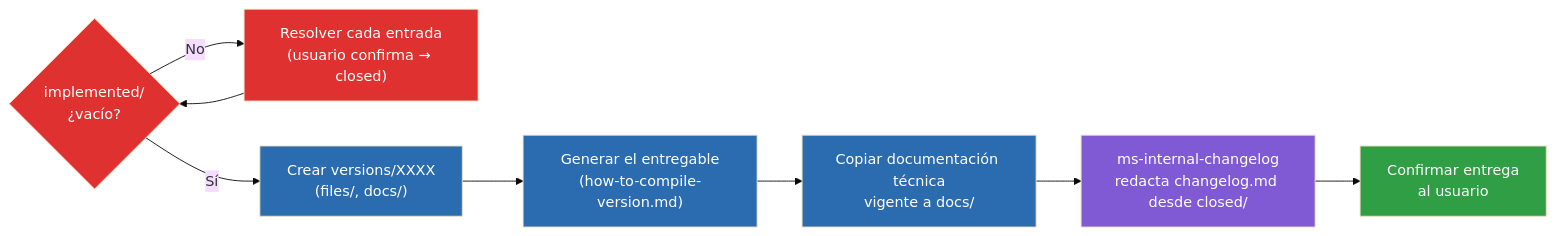
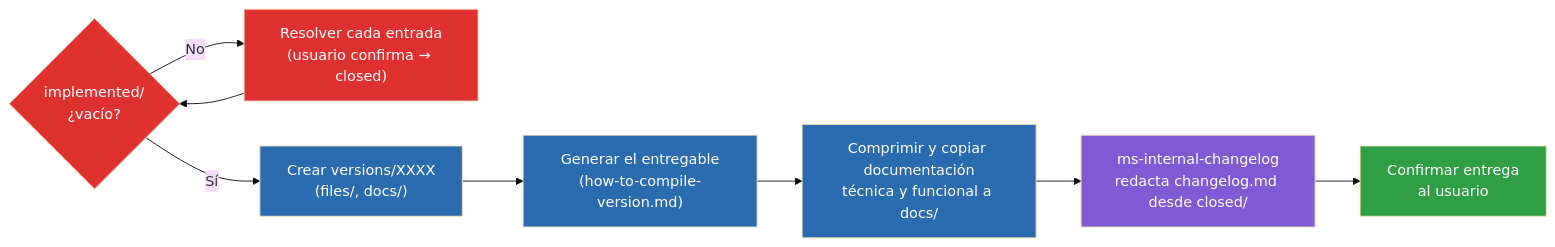
One commit to yeyopepe/bgfactory changed the second of 2 diagrams in .claude/ms-guide.md. Above: the diagram before and after it, drawn with Mermaid (base theme). The commit also changed other lines of this file and 8 other files, not shown here.

````diff
--- a/.claude/ms-guide.md
+++ b/.claude/ms-guide.md
@@ -197,22 +199,22 @@
 ```mermaid
 flowchart LR
     Guard{"implemented/\n¿vacío?"}
     Resolve["Resolver cada entrada\n(usuario confirma → closed)"]
     Folder["Crear versions/XXXX\n(files/, docs/)"]
     Compile["Generar el entregable\n(how-to-compile-version.md)"]
-    Docs["Copiar documentación técnica\nvigente a docs/"]
+    Docs["Comprimir y copiar documentación\ntécnica y funcional a docs/"]
     Changelog["ms-internal-changelog\nredacta changelog.md desde closed/"]
     Confirm["Confirmar entrega\nal usuario"]
 
     Guard -- No --> Resolve --> Guard
     Guard -- Sí --> Folder --> Compile --> Docs --> Changelog --> Confirm
 
     classDef guardrail fill:#e03131,color:#fff
     classDef core fill:#2b6cb0,color:#fff
     classDef internal fill:#805ad5,color:#fff
     classDef done fill:#2f9e44,color:#fff
     class Guard,Resolve guardrail
     class Folder,Compile,Docs core
     class Changelog internal
     class Confirm done
 ```
````
